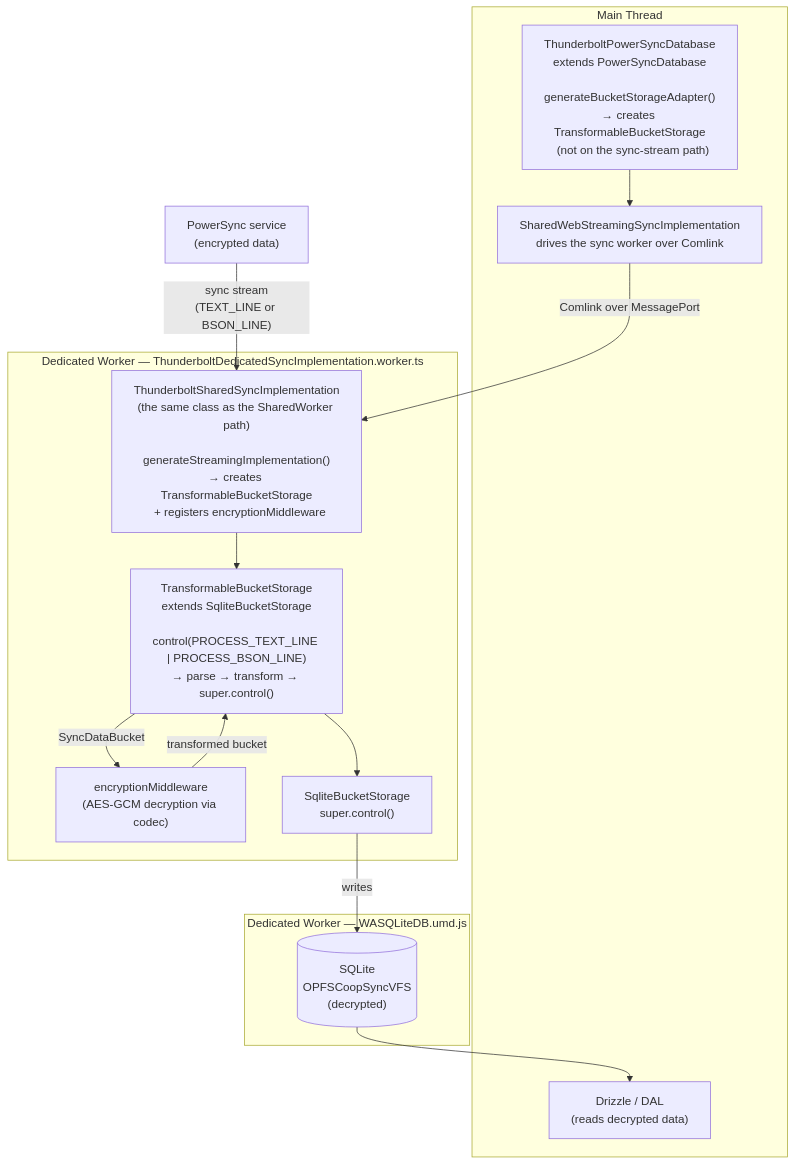
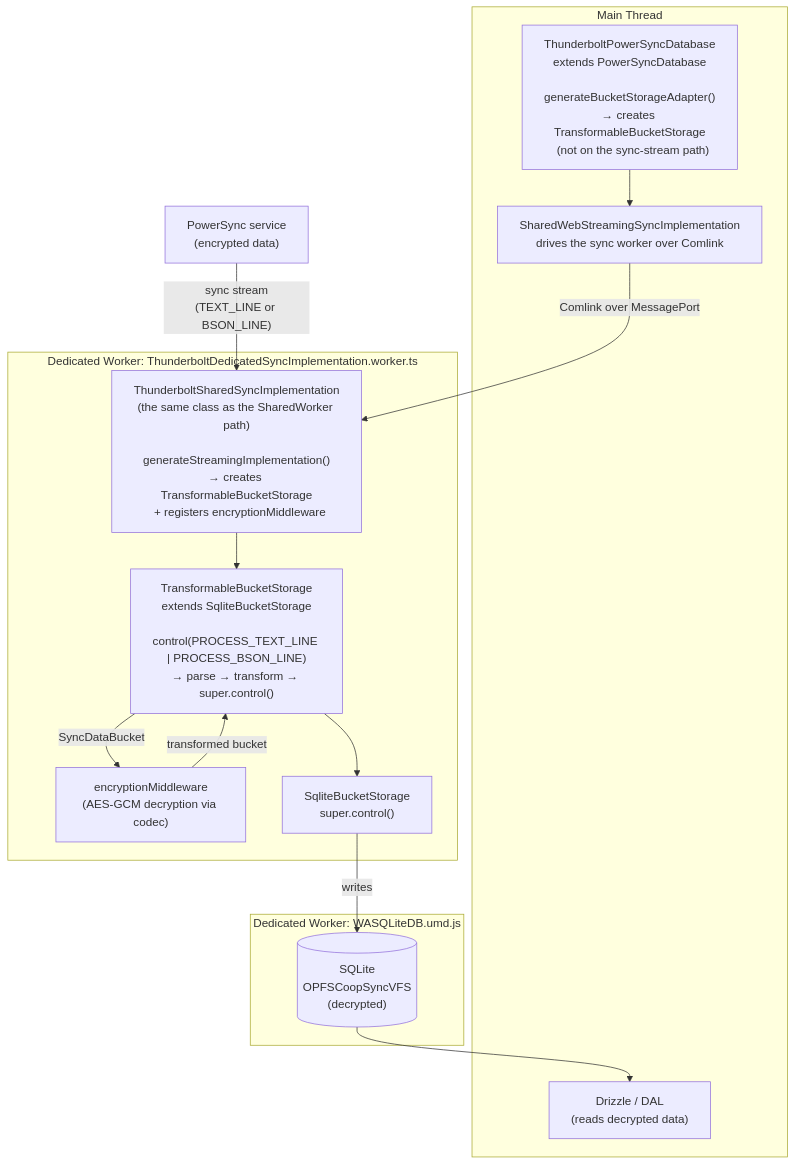
One commit to thunderbird/thunderbolt changed the second of 2 diagrams in docs/architecture/powersync-sync-middleware.md. Above: the diagram before and after it, drawn with Mermaid. The commit also changed other lines of this file and 61 other files, not shown here.

````diff
--- a/docs/architecture/powersync-sync-middleware.md
+++ b/docs/architecture/powersync-sync-middleware.md
@@ -65,31 +59,31 @@
 ```mermaid
 flowchart TD
     Server["PowerSync service<br/>(encrypted data)"]
 
     subgraph MainThread["Main Thread"]
         TPS["ThunderboltPowerSyncDatabase<br/>extends PowerSyncDatabase<br/><br/>generateBucketStorageAdapter()<br/>→ creates TransformableBucketStorage<br/>  (not on the sync-stream path)"]
         SWSSI["SharedWebStreamingSyncImplementation<br/>drives the sync worker over Comlink"]
         Drizzle["Drizzle / DAL<br/>(reads decrypted data)"]
     end
 
-    subgraph SyncWorker["Dedicated Worker — ThunderboltDedicatedSyncImplementation.worker.ts"]
+    subgraph SyncWorker["Dedicated Worker: ThunderboltDedicatedSyncImplementation.worker.ts"]
         TSSI["ThunderboltSharedSyncImplementation<br/>(the same class as the SharedWorker path)<br/><br/>generateStreamingImplementation()<br/>→ creates TransformableBucketStorage<br/>  + registers encryptionMiddleware"]
         TBS["TransformableBucketStorage<br/>extends SqliteBucketStorage<br/><br/>control(PROCESS_TEXT_LINE | PROCESS_BSON_LINE)<br/>→ parse → transform → super.control()"]
         MW["encryptionMiddleware<br/>(AES-GCM decryption via codec)"]
         SBS["SqliteBucketStorage<br/>super.control()"]
     end
 
-    subgraph DbWorker["Dedicated Worker — WASQLiteDB.umd.js"]
+    subgraph DbWorker["Dedicated Worker: WASQLiteDB.umd.js"]
         SQLite[("SQLite<br/>OPFSCoopSyncVFS<br/>(decrypted)")]
     end
 
     TPS --> SWSSI
     SWSSI -->|"Comlink over MessagePort"| TSSI
     Server -->|"sync stream<br/>(TEXT_LINE or BSON_LINE)"| TSSI
     TSSI --> TBS
     TBS -->|"SyncDataBucket"| MW
     MW -->|"transformed bucket"| TBS
     TBS --> SBS
     SBS -->|"writes"| SQLite
     SQLite --> Drizzle
 ```
````
